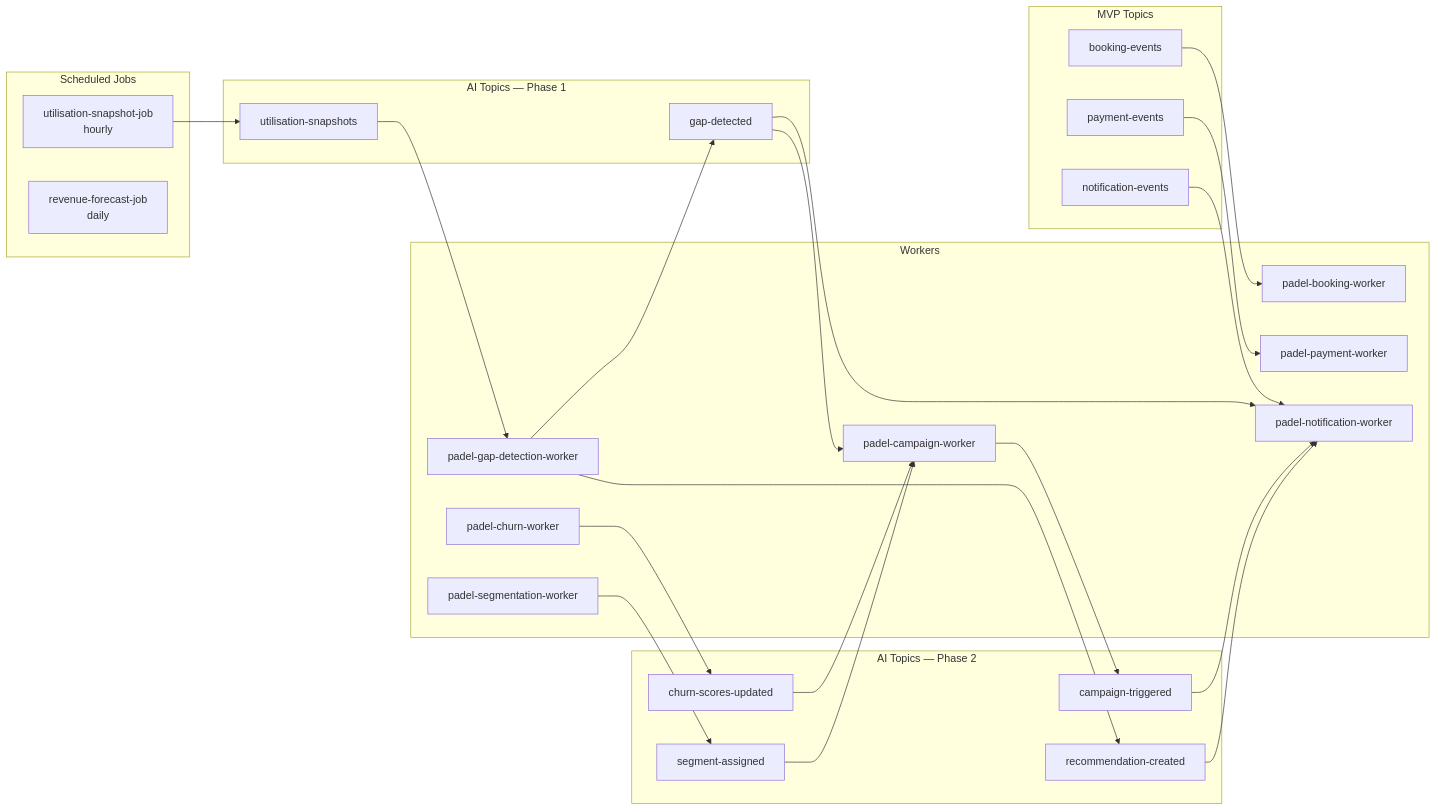
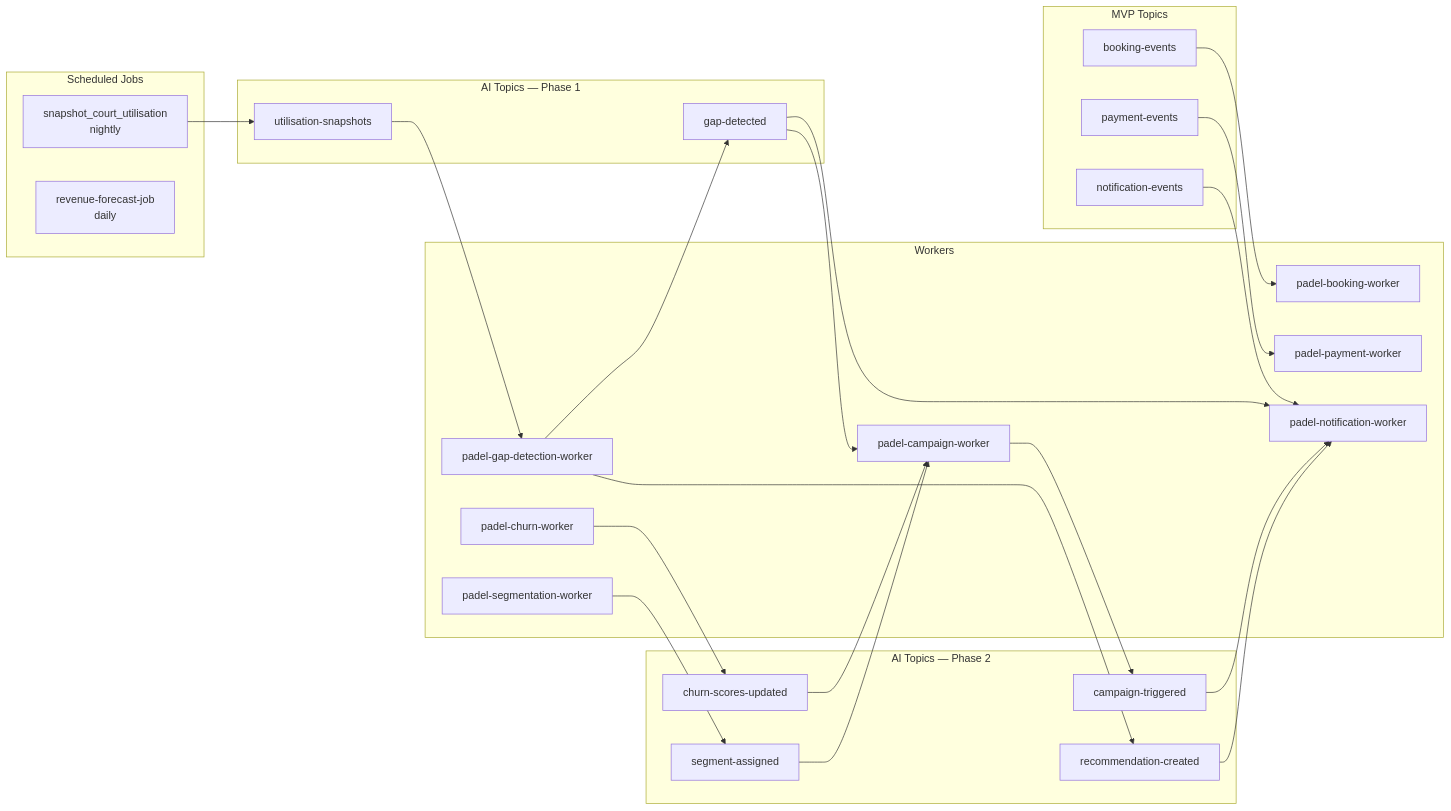
Before and after one commit to kendavis23/SmashBook: the diagram in docs/ANALYTICS_AND_AI.md, drawn with Mermaid. The commit also changed other lines of this file and 4 other files, not shown here.

````diff
--- a/docs/ANALYTICS_AND_AI.md
+++ b/docs/ANALYTICS_AND_AI.md
@@ -556,52 +558,52 @@
 ```mermaid
 graph LR
     subgraph "MVP Topics"
         BE[booking-events]
         PE[payment-events]
         NE[notification-events]
     end
 
     subgraph "AI Topics — Phase 1"
         US[utilisation-snapshots]
         GD[gap-detected]
     end
 
     subgraph "AI Topics — Phase 2"
         CSU[churn-scores-updated]
         SA[segment-assigned]
         RC[recommendation-created]
         CT[campaign-triggered]
     end
 
     subgraph "Workers"
         BW[padel-booking-worker]
         PW[padel-payment-worker]
         NW[padel-notification-worker]
         GDW[padel-gap-detection-worker]
         CW[padel-churn-worker]
         SW[padel-segmentation-worker]
         CMW[padel-campaign-worker]
     end
 
     subgraph "Scheduled Jobs"
-        USJ[utilisation-snapshot-job<br/>hourly]
+        USJ[snapshot_court_utilisation<br/>nightly]
         RFJ[revenue-forecast-job<br/>daily]
     end
 
     BE --> BW
     PE --> PW
     NE --> NW
     USJ --> US
     US --> GDW
     GDW --> GD
     GD --> CMW
     GD --> NW
     CW --> CSU
     CSU --> CMW
     SW --> SA
     SA --> CMW
     CMW --> CT
     CT --> NW
     GDW --> RC
     RC --> NW
 ```
````
